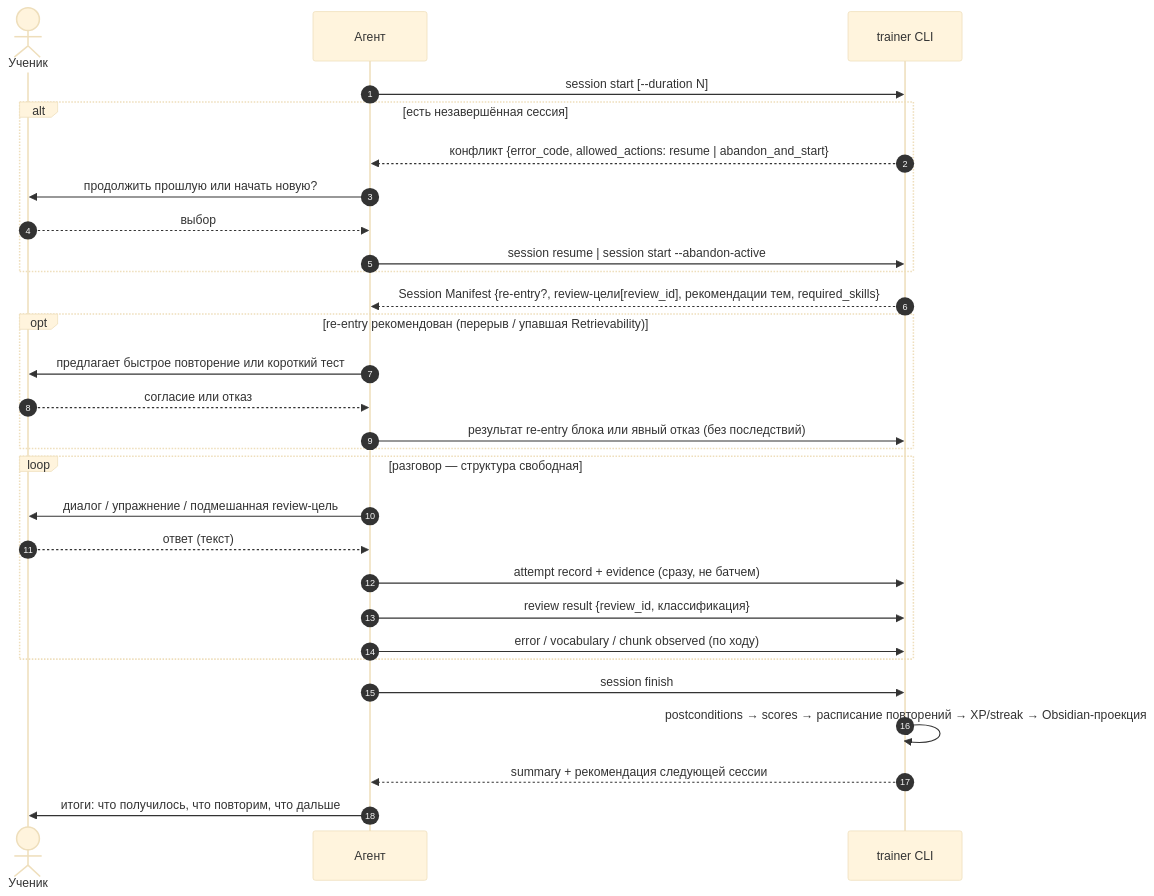
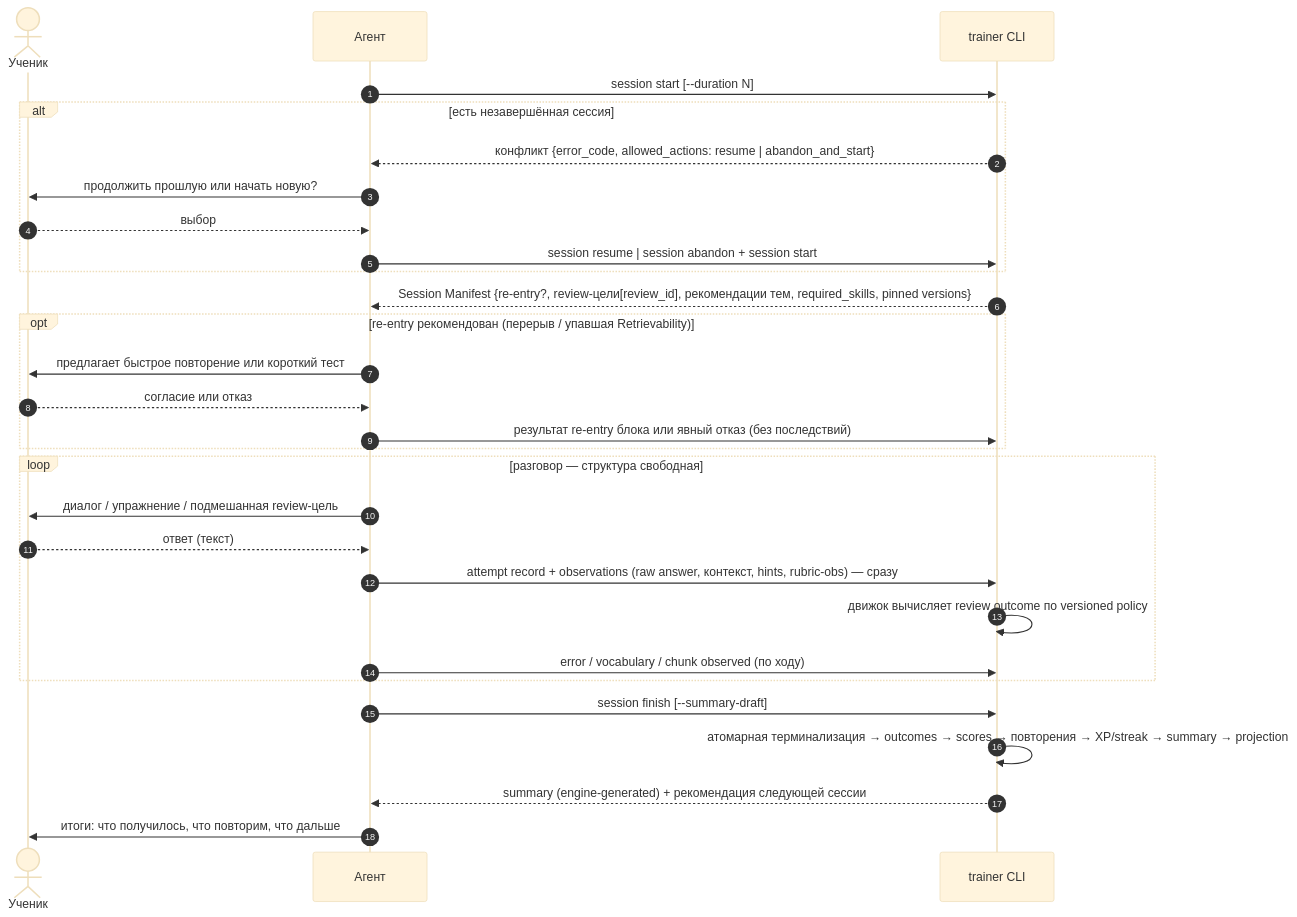
The diagram in wiki/flows/session.md (alexmaralless-bit/english-memory-trainer), drawn with Mermaid (base theme) before and after one commit. The commit also changed other lines of this file and 10 other files, not shown here.

````diff
--- a/wiki/flows/session.md
+++ b/wiki/flows/session.md
@@ -28,35 +32,35 @@
 ```mermaid
 sequenceDiagram
     autonumber
     actor L as Ученик
     participant A as Агент
     participant T as trainer CLI
 
     A->>T: session start [--duration N]
     alt есть незавершённая сессия
         T-->>A: конфликт {error_code, allowed_actions: resume | abandon_and_start}
         A->>L: продолжить прошлую или начать новую?
         L-->>A: выбор
-        A->>T: session resume | session start --abandon-active
+        A->>T: session resume | session abandon + session start
     end
-    T-->>A: Session Manifest {re-entry?, review-цели[review_id], рекомендации тем, required_skills}
+    T-->>A: Session Manifest {re-entry?, review-цели[review_id], рекомендации тем, required_skills, pinned versions}
 
     opt re-entry рекомендован (перерыв / упавшая Retrievability)
         A->>L: предлагает быстрое повторение или короткий тест
         L-->>A: согласие или отказ
         A->>T: результат re-entry блока или явный отказ (без последствий)
     end
 
     loop разговор — структура свободная
         A->>L: диалог / упражнение / подмешанная review-цель
         L-->>A: ответ (текст)
-        A->>T: attempt record + evidence (сразу, не батчем)
-        A->>T: review result {review_id, классификация}
+        A->>T: attempt record + observations (raw answer, контекст, hints, rubric-obs) — сразу
+        T->>T: движок вычисляет review outcome по versioned policy
         A->>T: error / vocabulary / chunk observed (по ходу)
     end
 
-    A->>T: session finish
-    T->>T: postconditions → scores → расписание повторений → XP/streak → Obsidian-проекция
-    T-->>A: summary + рекомендация следующей сессии
+    A->>T: session finish [--summary-draft]
+    T->>T: атомарная терминализация → outcomes → scores → повторения → XP/streak → summary → projection
+    T-->>A: summary (engine-generated) + рекомендация следующей сессии
     A->>L: итоги: что получилось, что повторим, что дальше
 ```
````
